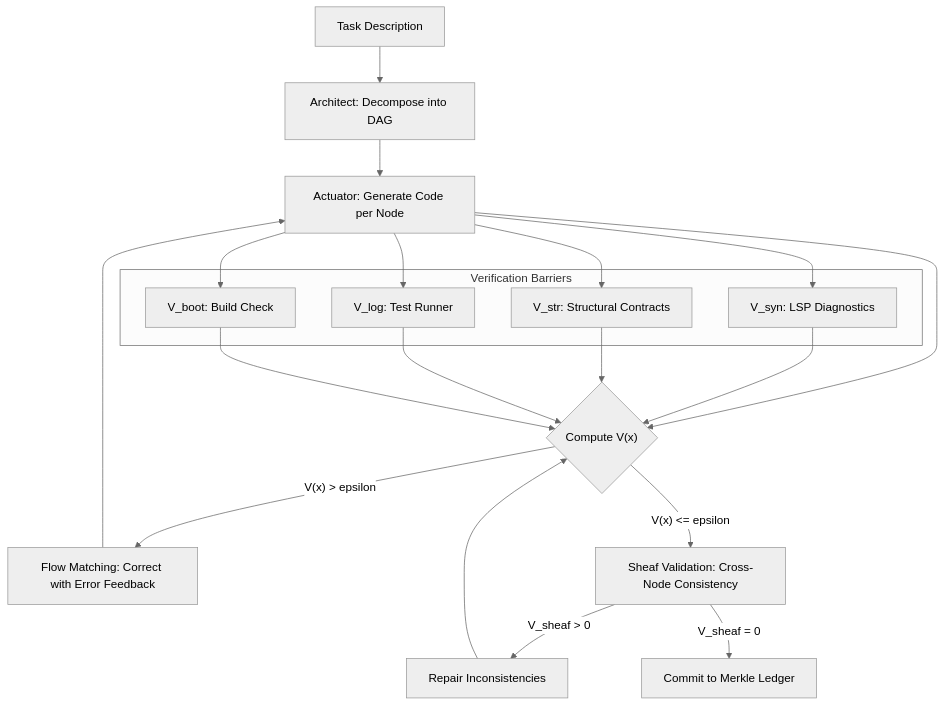
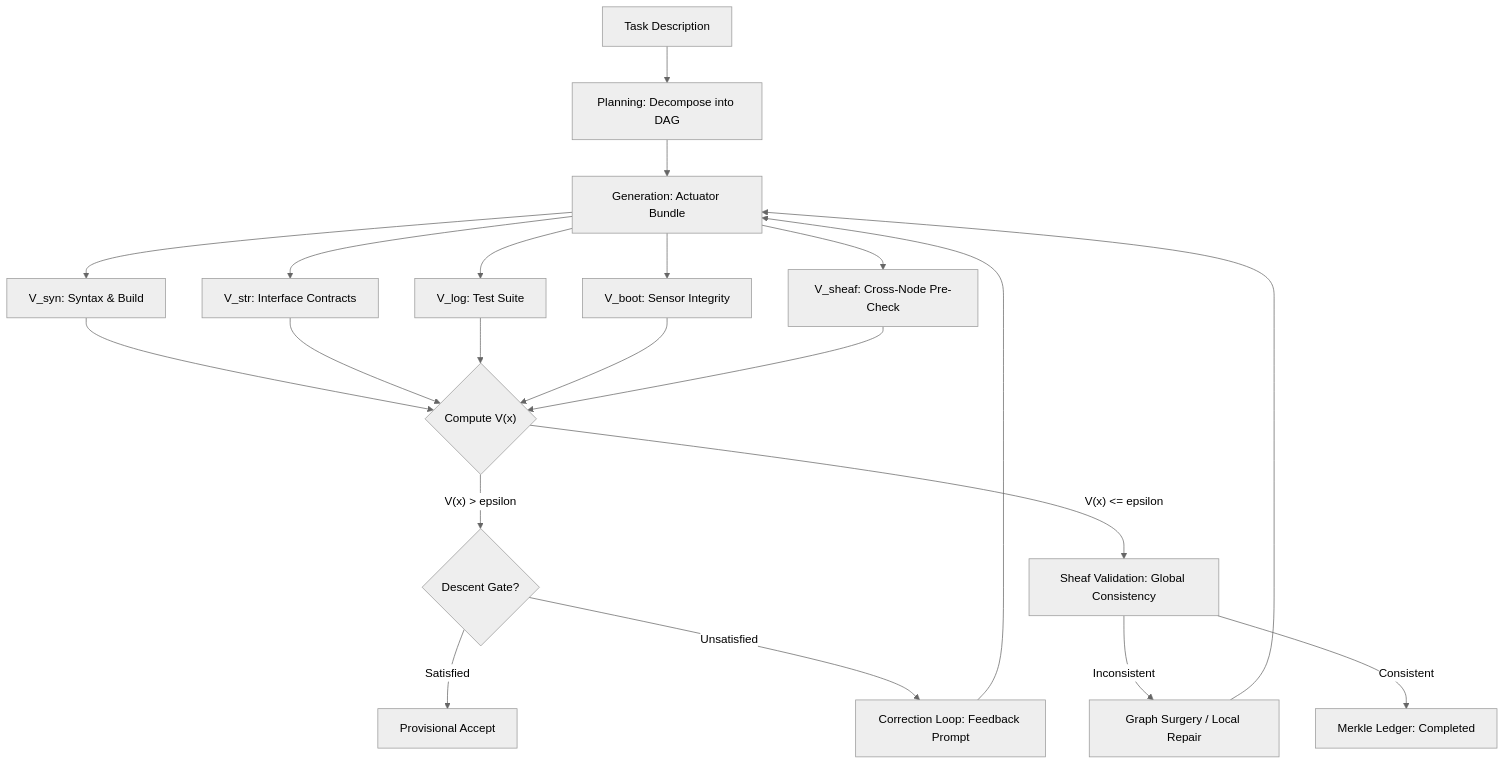
The diagram in README.md (eonseed/perspt), drawn with Mermaid (neutral theme) before and after one commit. The commit also changed other lines of this file, not shown here.

Commit message:
docs: align README.md math and flow with Perspt Book

````diff
--- a/README.md
+++ b/README.md
@@ -175,22 +183,17 @@
 ```mermaid
 flowchart TD
-    A["Task Description"] --> B["Architect: Decompose into DAG"]
-    B --> C["Actuator: Generate Code per Node"]
-    C --> D{"Compute V(x)"}
-    D -->|"V(x) > epsilon"| E["Flow Matching: Correct with Error Feedback"]
-    E --> C
-    D -->|"V(x) <= epsilon"| F["Sheaf Validation: Cross-Node Consistency"]
-    F -->|"V_sheaf > 0"| G["Repair Inconsistencies"]
-    G --> D
-    F -->|"V_sheaf = 0"| H["Commit to Merkle Ledger"]
-
-    subgraph Verification Barriers
-        D1["V_syn: LSP Diagnostics"]
-        D2["V_str: Structural Contracts"]
-        D3["V_log: Test Runner"]
-        D4["V_boot: Build Check"]
-    end
-
-    C --> D1 & D2 & D3 & D4
-    D1 & D2 & D3 & D4 --> D
+    A["Task Description"] --> B["Planning: Decompose into DAG"]
+    B --> C["Generation: Actuator Bundle"]
+    C --> D1["V_syn: Syntax & Build"] & D2["V_str: Interface Contracts"] & D3["V_log: Test Suite"] & D4["V_boot: Sensor Integrity"] & D5["V_sheaf: Cross-Node Pre-Check"]
+    D1 & D2 & D3 & D4 & D5 --> E{"Compute V(x)"}
+    
+    E -->|"V(x) > epsilon"| F{"Descent Gate?"}
+    F -->|"Satisfied"| G["Provisional Accept"]
+    F -->|"Unsatisfied"| H["Correction Loop: Feedback Prompt"]
+    H --> C
+    
+    E -->|"V(x) <= epsilon"| I["Sheaf Validation: Global Consistency"]
+    I -->|"Inconsistent"| J["Graph Surgery / Local Repair"]
+    J --> C
+    I -->|"Consistent"| K["Merkle Ledger: Completed"]
 ```
````
